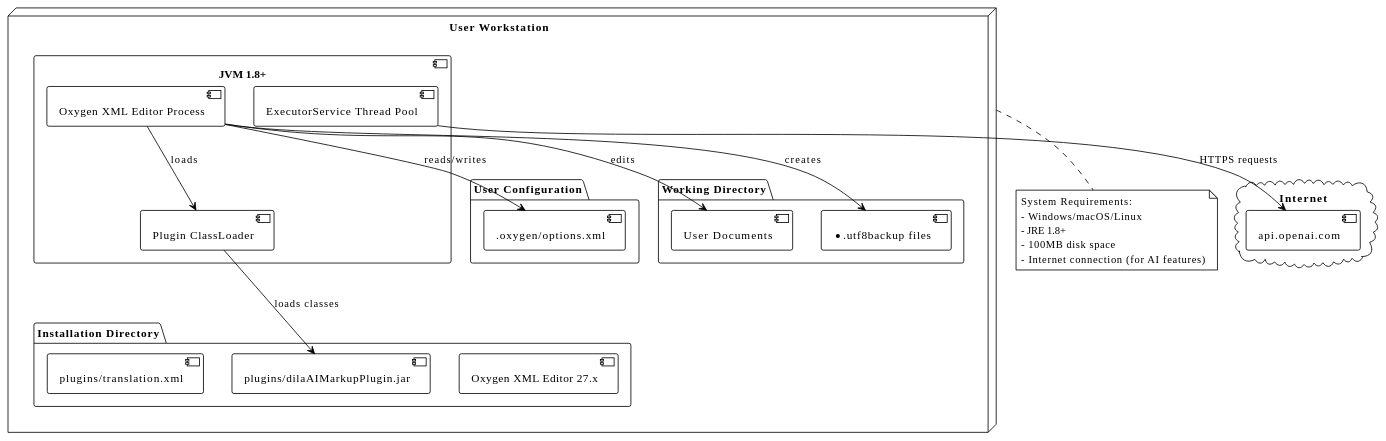
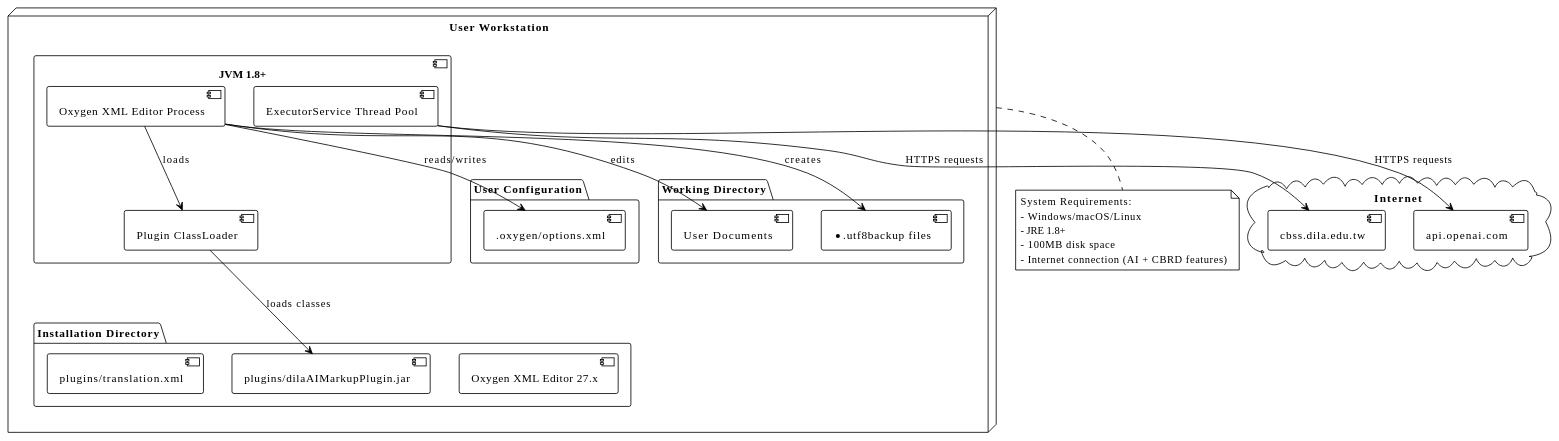
One commit to happypig/OCR2Markup changed diagram 14 of 14 in Models/Gemini2.5/dila-ai-markup-plugin/docs/RUP.MD. Above: the diagram before and after it, drawn with PlantUML. The commit also changed other lines of this file and 9 other files, not shown here.

````diff
--- a/Models/Gemini2.5/dila-ai-markup-plugin/docs/RUP.MD
+++ b/Models/Gemini2.5/dila-ai-markup-plugin/docs/RUP.MD
@@ -1599,48 +1954,50 @@
 ```plantuml
 @startuml
 !theme plain
 
 node "User Workstation" {
     component "JVM 1.8+" {
         [Oxygen XML Editor Process]
         [Plugin ClassLoader]
         [ExecutorService Thread Pool]
     }
     
     folder "Installation Directory" {
         [Oxygen XML Editor 27.x]
         [plugins/dilaAIMarkupPlugin.jar]
         [plugins/translation.xml]
     }
     
     folder "User Configuration" {
         [.oxygen/options.xml]
     }
     
     folder "Working Directory" {
         [User Documents]
         [*.utf8backup files]
     }
 }
 
 cloud "Internet" {
     [api.openai.com]
+    [cbss.dila.edu.tw]
 }
 
 [Oxygen XML Editor Process] --> [Plugin ClassLoader] : loads
 [Plugin ClassLoader] --> [plugins/dilaAIMarkupPlugin.jar] : loads classes
 [Oxygen XML Editor Process] --> [.oxygen/options.xml] : reads/writes
 [Oxygen XML Editor Process] --> [User Documents] : edits
 [ExecutorService Thread Pool] --> [api.openai.com] : HTTPS requests
+[ExecutorService Thread Pool] --> [cbss.dila.edu.tw] : HTTPS requests
 [Oxygen XML Editor Process] --> [*.utf8backup files] : creates
 
 note bottom of "User Workstation"
   System Requirements:
   - Windows/macOS/Linux
   - JRE 1.8+
   - 100MB disk space
-  - Internet connection (for AI features)
+  - Internet connection (AI + CBRD features)
 end note
 
 @enduml
 ```
````
